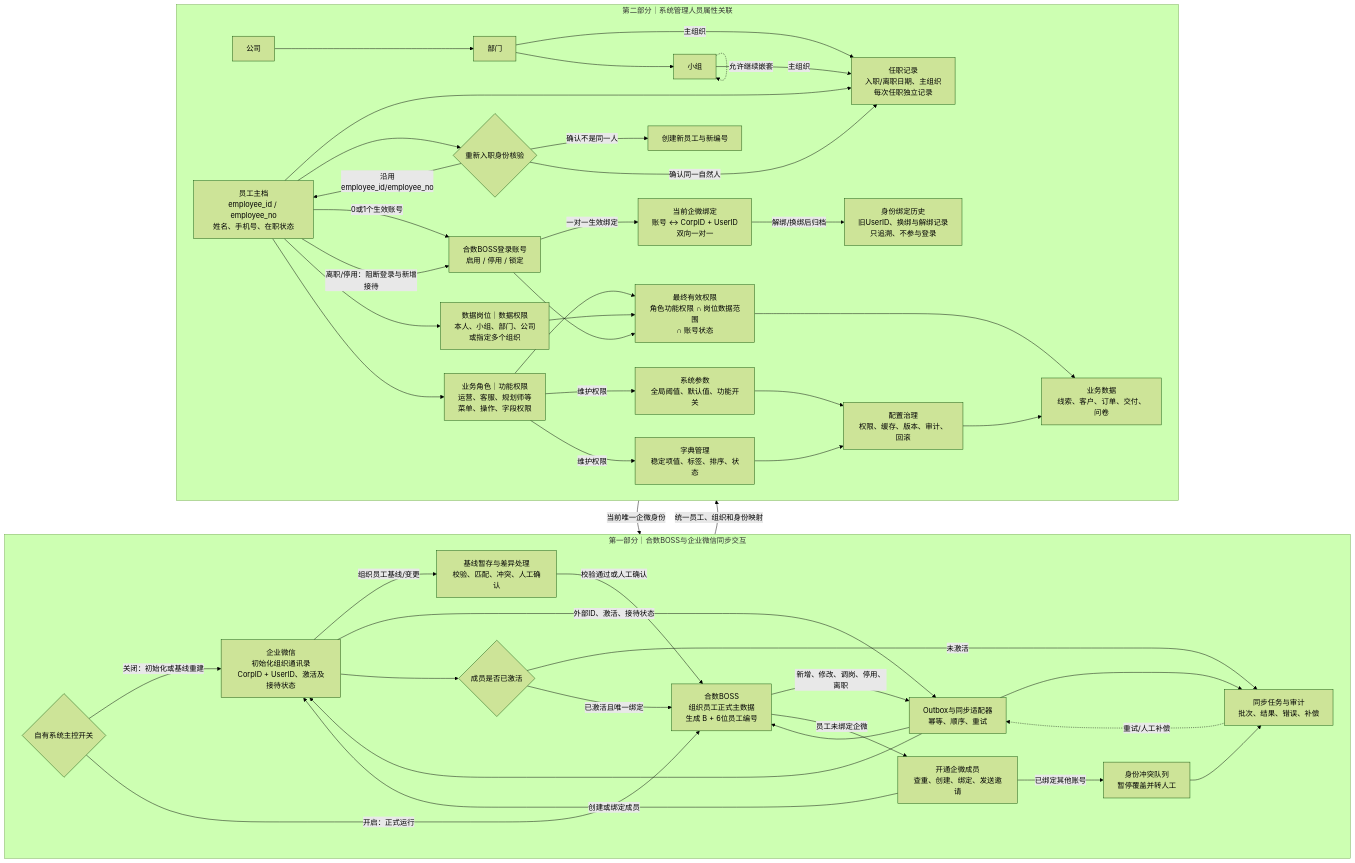
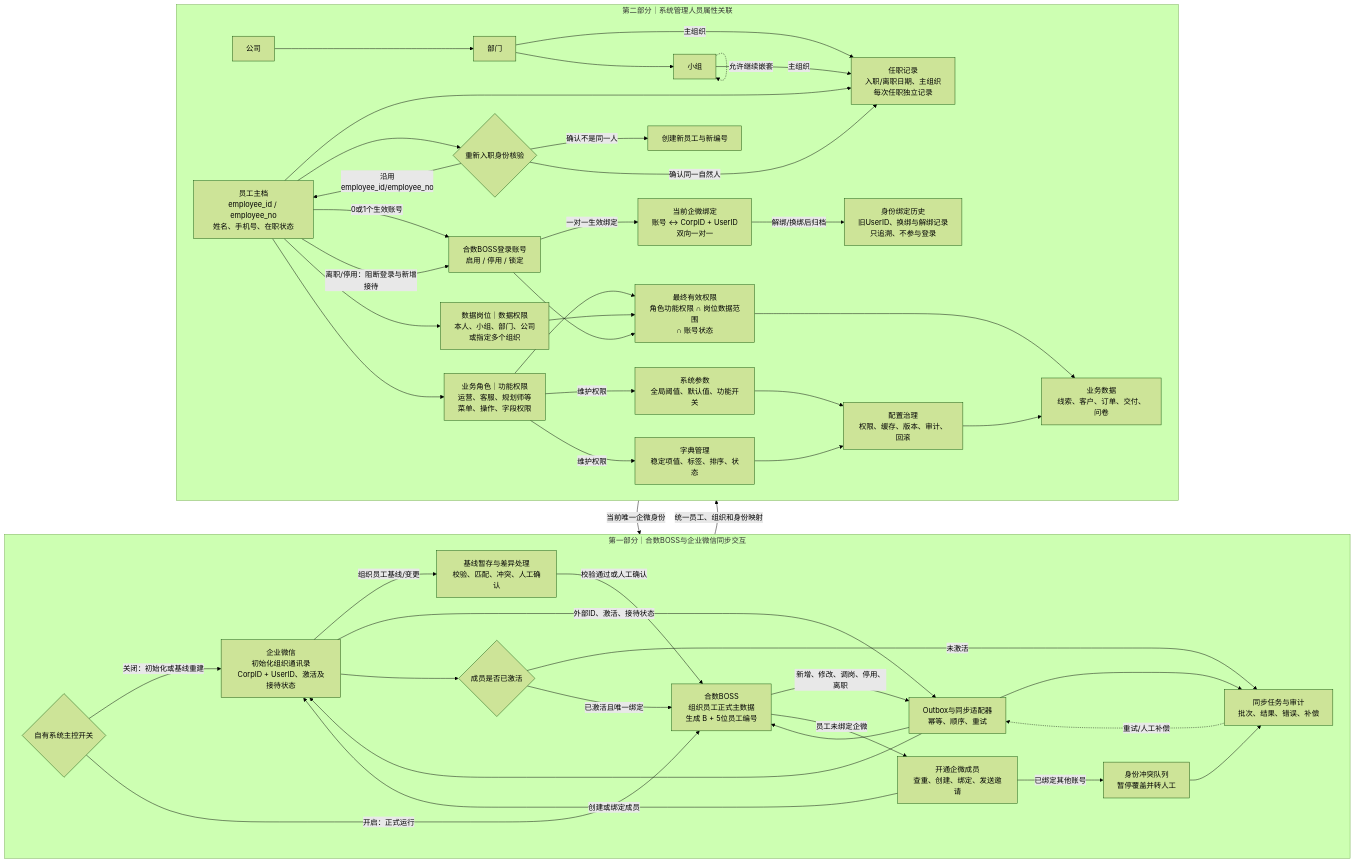
The diagram in docs/product/assets/system-management-wiki/02-system-management-panorama.mmd (freya-pr/heshu-boss-demo), drawn with Mermaid (forest theme) before and after one commit. The commit also changed 9 other files, not shown here.

```diff
--- a/docs/product/assets/system-management-wiki/02-system-management-panorama.mmd
+++ b/docs/product/assets/system-management-wiki/02-system-management-panorama.mmd
@@ -1,76 +1,76 @@
 flowchart TB
     subgraph SYNC_AREA["第一部分｜合数BOSS与企业微信同步交互"]
         direction LR
         WECOM["企业微信<br/>初始化组织通讯录<br/>CorpID + UserID、激活及接待状态"]
         SWITCH{"自有系统主控开关"}
         STAGE["基线暂存与差异处理<br/>校验、匹配、冲突、人工确认"]
-        BOSS["合数BOSS<br/>组织员工正式主数据<br/>生成 B + 6位员工编号"]
+        BOSS["合数BOSS<br/>组织员工正式主数据<br/>生成 B + 5位员工编号"]
         OUTBOX["Outbox与同步适配器<br/>幂等、顺序、重试"]
         PROVISION["开通企微成员<br/>查重、创建、绑定、发送邀请"]
         ACTIVE{"成员是否已激活"}
         CONFLICT["身份冲突队列<br/>暂停覆盖并转人工"]
         AUDIT["同步任务与审计<br/>批次、结果、错误、补偿"]
 
         SWITCH -->|"关闭：初始化或基线重建"| WECOM
         WECOM -->|"组织员工基线/变更"| STAGE
         STAGE -->|"校验通过或人工确认"| BOSS
         SWITCH -->|"开启：正式运行"| BOSS
         BOSS -->|"新增、修改、调岗、停用、离职"| OUTBOX
         OUTBOX --> WECOM
         WECOM -->|"外部ID、激活、接待状态"| OUTBOX
         OUTBOX --> BOSS
         BOSS -->|"员工未绑定企微"| PROVISION
         PROVISION -->|"已绑定其他账号"| CONFLICT
         PROVISION -->|"创建或绑定成员"| WECOM
         WECOM --> ACTIVE
         ACTIVE -->|"未激活"| AUDIT
         ACTIVE -->|"已激活且唯一绑定"| BOSS
         OUTBOX --> AUDIT
         CONFLICT --> AUDIT
         AUDIT -. "重试/人工补偿" .-> OUTBOX
     end
 
     subgraph PERSON_AREA["第二部分｜系统管理人员属性关联"]
         direction LR
         COMPANY["公司"] --> DEPT["部门"] --> GROUP["小组"]
         GROUP -. "允许继续嵌套" .-> GROUP
         EMP["员工主档<br/>employee_id / employee_no<br/>姓名、手机号、在职状态"]
         EMPLOYMENT["任职记录<br/>入职/离职日期、主组织<br/>每次任职独立记录"]
         ACCOUNT["合数BOSS登录账号<br/>启用 / 停用 / 锁定"]
         IDENTITY["当前企微绑定<br/>账号 ↔ CorpID + UserID<br/>双向一对一"]
         IDENTITY_HISTORY["身份绑定历史<br/>旧UserID、换绑与解绑记录<br/>只追溯、不参与登录"]
         ROLE["业务角色｜功能权限<br/>运营、客服、规划师等<br/>菜单、操作、字段权限"]
         POSITION["数据岗位｜数据权限<br/>本人、小组、部门、公司<br/>或指定多个组织"]
         EFFECTIVE["最终有效权限<br/>角色功能权限 ∩ 岗位数据范围<br/>∩ 账号状态"]
         BUSINESS["业务数据<br/>线索、客户、订单、交付、问卷"]
         REHIRE{"重新入职身份核验"}
         PARAM["系统参数<br/>全局阈值、默认值、功能开关"]
         DICT["字典管理<br/>稳定项值、标签、排序、状态"]
         CFG["配置治理<br/>权限、缓存、版本、审计、回滚"]
 
         DEPT -->|"主组织"| EMPLOYMENT
         GROUP -->|"主组织"| EMPLOYMENT
         EMP --> EMPLOYMENT
         EMP -->|"0或1个生效账号"| ACCOUNT
         ACCOUNT -->|"一对一生效绑定"| IDENTITY
         IDENTITY -->|"解绑/换绑后归档"| IDENTITY_HISTORY
         EMP --> ROLE
         EMP --> POSITION
         ROLE --> EFFECTIVE
         POSITION --> EFFECTIVE
         ACCOUNT --> EFFECTIVE
         EFFECTIVE --> BUSINESS
         EMP -->|"离职/停用：阻断登录与新增接待"| ACCOUNT
         EMP --> REHIRE
         REHIRE -->|"确认同一自然人"| EMPLOYMENT
         REHIRE -->|"沿用employee_id/employee_no"| EMP
         REHIRE -->|"确认不是同一人"| NEWEMP["创建新员工与新编号"]
         ROLE -->|"维护权限"| PARAM
         ROLE -->|"维护权限"| DICT
         PARAM --> CFG
         DICT --> CFG
         CFG --> BUSINESS
     end
 
     BOSS -->|"统一员工、组织和身份映射"| EMP
     IDENTITY -->|"当前唯一企微身份"| WECOM
```
